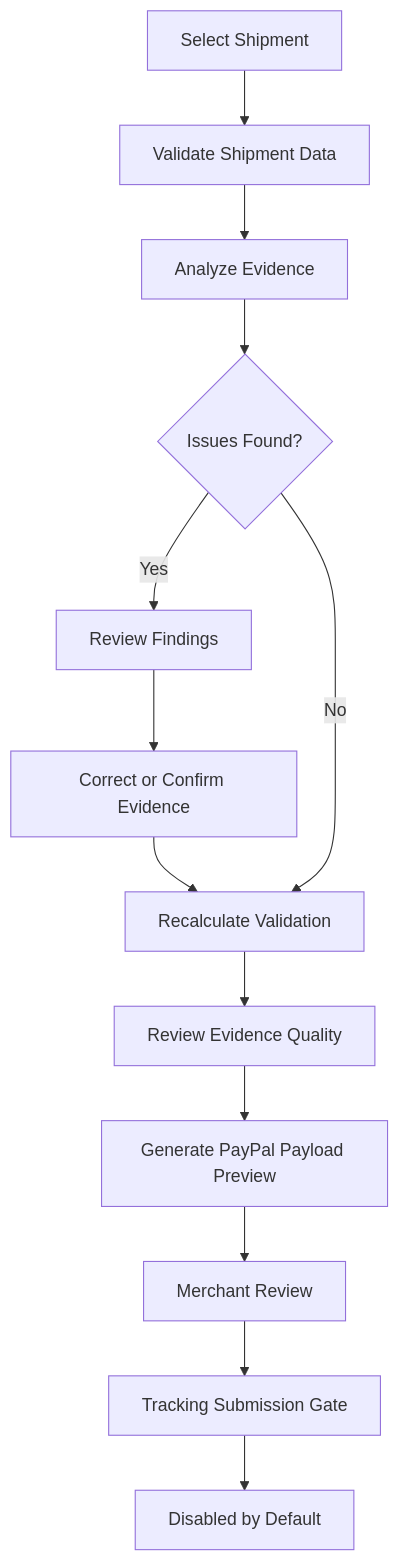
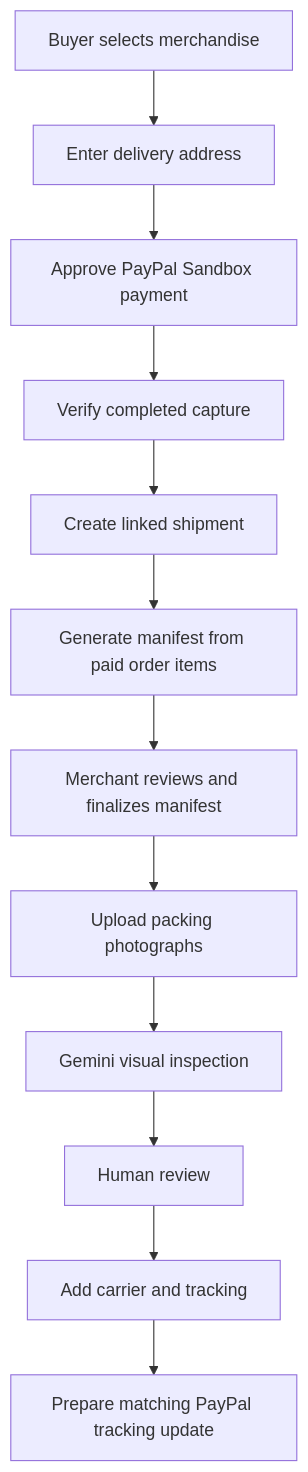
The first of 2 diagrams in README.md (BasutkarSony/ShipProof-AI), drawn with Mermaid before and after one commit. The commit also changed other lines of this file and 10 other files, not shown here.

Commit message:
Connect PayPal checkout to order-derived fulfilment

````diff
--- a/README.md
+++ b/README.md
@@ -52,15 +49,14 @@
 ```mermaid
 flowchart TD
-    A["Select Shipment"] --> B["Validate Shipment Data"]
-    B --> C["Analyze Evidence"]
-    C --> D{"Issues Found?"}
-    D -->|Yes| E["Review Findings"]
-    E --> F["Correct or Confirm Evidence"]
-    F --> G["Recalculate Validation"]
-    D -->|No| G
-    G --> H["Review Evidence Quality"]
-    H --> I["Generate PayPal Payload Preview"]
-    I --> J["Merchant Review"]
-    J --> K["Tracking Submission Gate"]
-    K --> L["Disabled by Default"]
+    A["Buyer selects merchandise"] --> B["Enter delivery address"]
+    B --> C["Approve PayPal Sandbox payment"]
+    C --> D["Verify completed capture"]
+    D --> E["Create linked shipment"]
+    E --> F["Generate manifest from paid order items"]
+    F --> G["Merchant reviews and finalizes manifest"]
+    G --> H["Upload packing photographs"]
+    H --> I["Gemini visual inspection"]
+    I --> J["Human review"]
+    J --> K["Add carrier and tracking"]
+    K --> L["Prepare matching PayPal tracking update"]
 ```
````
